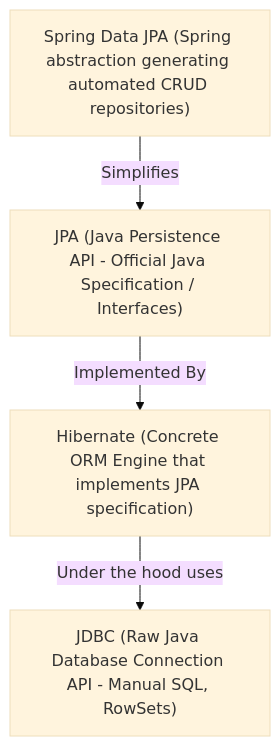
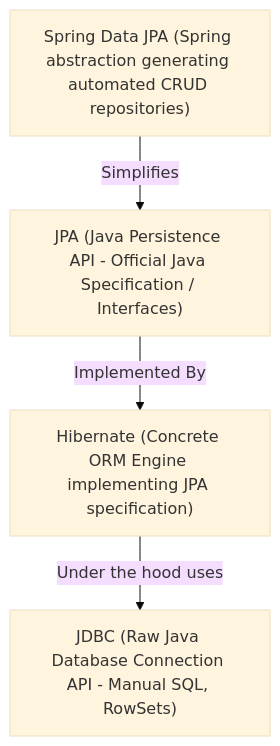
Before and after one commit to rohithgowda18/Notes: the ninth of 21 diagrams in 06-Java-and-Spring-Boot/Spring Boot Interview Guide.md, drawn with Mermaid (base theme). The commit also changed other lines of this file, not shown here.

````diff
--- a/06-Java-and-Spring-Boot/Spring Boot Interview Guide.md
+++ b/06-Java-and-Spring-Boot/Spring Boot Interview Guide.md
@@ -720,11 +555,11 @@
 ```mermaid
 flowchart TD
     JDBC["JDBC (Raw Java Database Connection API - Manual SQL, RowSets)"]
     JPA["JPA (Java Persistence API - Official Java Specification / Interfaces)"]
-    Hibernate["Hibernate (Concrete ORM Engine that implements JPA specification)"]
+    Hibernate["Hibernate (Concrete ORM Engine implementing JPA specification)"]
     SpringData["Spring Data JPA (Spring abstraction generating automated CRUD repositories)"]
 
     SpringData -->|"Simplifies"| JPA
     JPA -->|"Implemented By"| Hibernate
     Hibernate -->|"Under the hood uses"| JDBC
 ```
````
